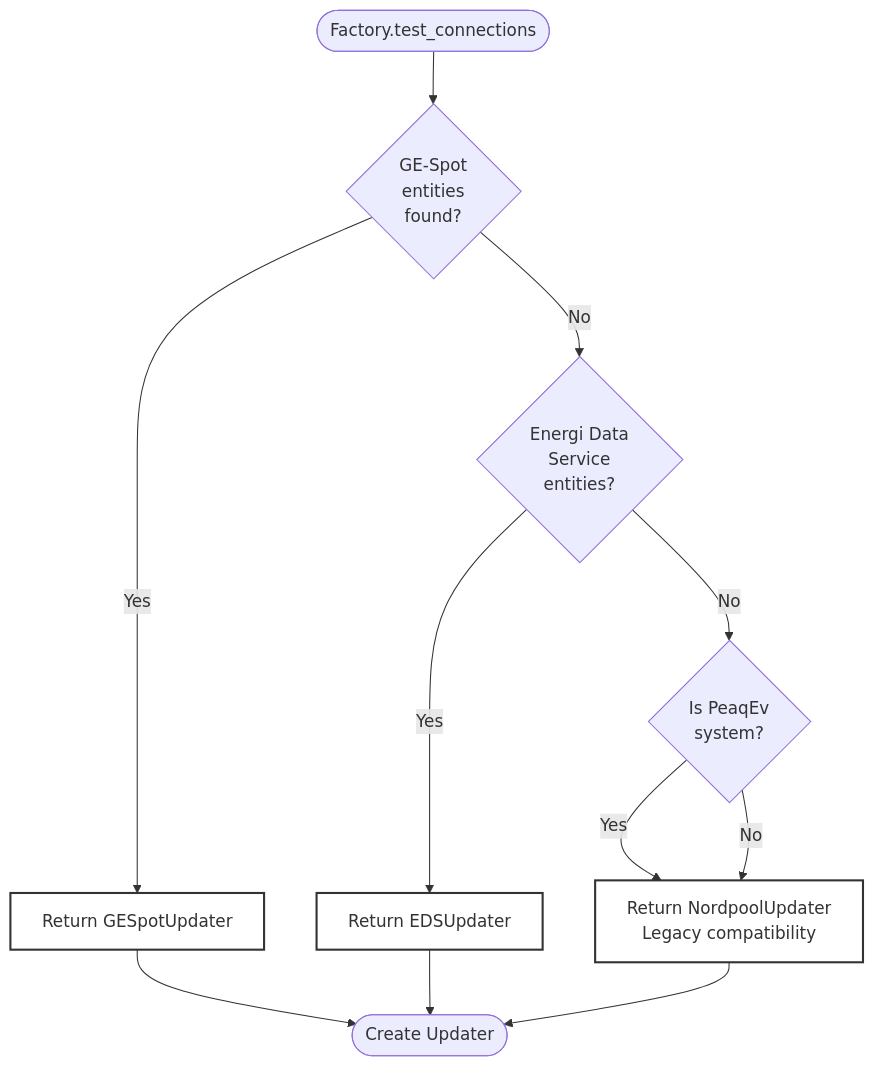
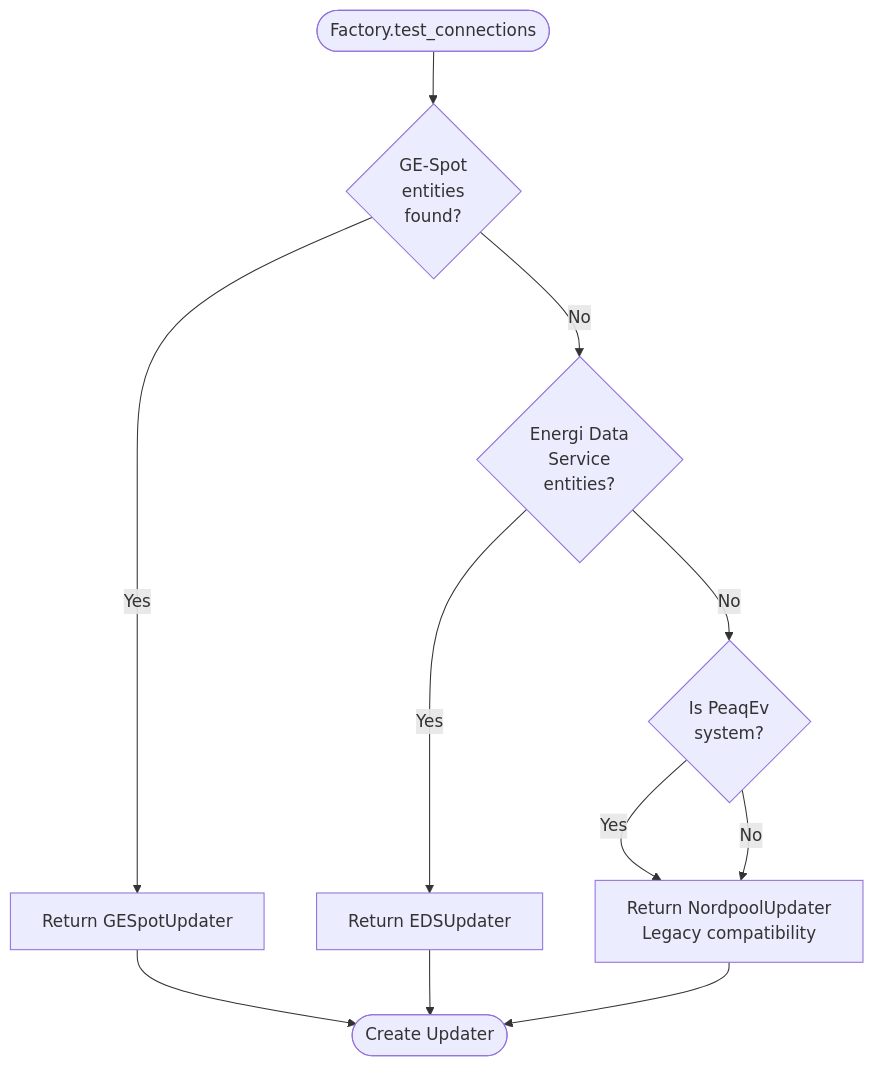
The second of 4 diagrams in docs/ARCHITECTURE.md (elden1337/peaqev-core), drawn with Mermaid before and after one commit. The commit also changed other lines of this file and 1 other file, not shown here.

First line of the commit message:
docs: Remove custom styling from Mermaid diagrams for uniform appearance

````diff
--- a/docs/ARCHITECTURE.md
+++ b/docs/ARCHITECTURE.md
@@ -90,18 +87,14 @@
 ```mermaid
 flowchart TD
     Start([Factory.test_connections]) --> CheckGESpot{GE-Spot<br/>entities<br/>found?}
     CheckGESpot -->|Yes| ReturnGESpot[Return GESpotUpdater]
     CheckGESpot -->|No| CheckEDS{Energi Data<br/>Service<br/>entities?}
     CheckEDS -->|Yes| ReturnEDS[Return EDSUpdater]
     CheckEDS -->|No| CheckPeaqEv{Is PeaqEv<br/>system?}
     CheckPeaqEv -->|Yes| ReturnNordpool[Return NordpoolUpdater<br/>Legacy compatibility]
     CheckPeaqEv -->|No| ReturnNordpool
     
     ReturnGESpot --> End([Create Updater])
     ReturnEDS --> End
     ReturnNordpool --> End
-    
-    style ReturnGESpot fill:#fff,stroke:#333,stroke-width:2px
-    style ReturnEDS fill:#fff,stroke:#333,stroke-width:2px
-    style ReturnNordpool fill:#fff,stroke:#333,stroke-width:2px
 ```
````
